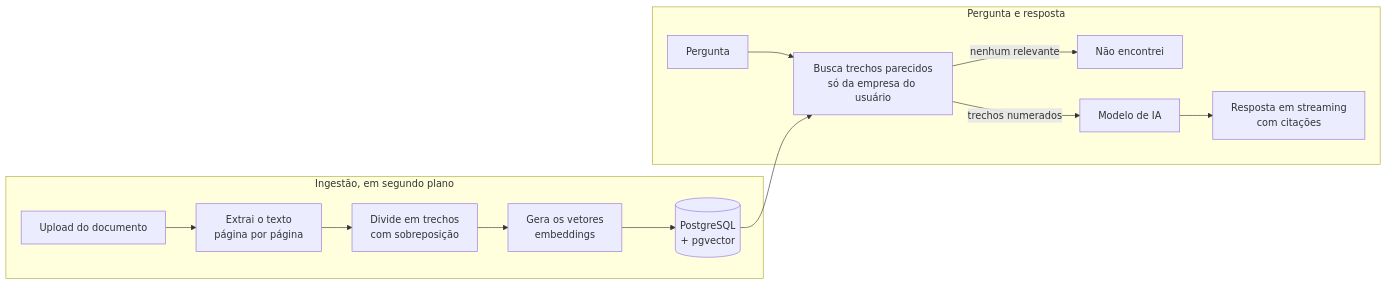
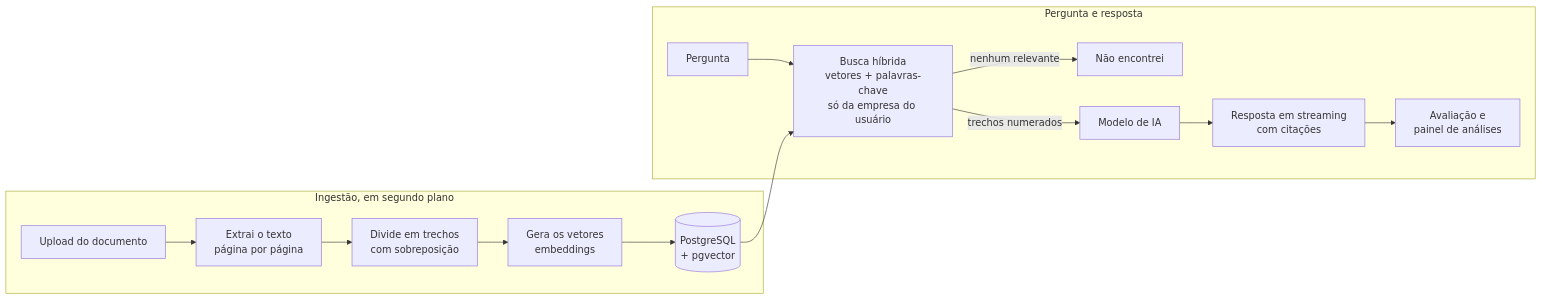
One commit to pedrobicas/sabia changed the diagram in README.md. Above: the diagram before and after it, drawn with Mermaid. The commit also changed other lines of this file and 4 other files, not shown here.

First line of the commit message:
docs: README com busca híbrida, análises, novas telas e API completa

````diff
--- a/README.md
+++ b/README.md
@@ -23,16 +30,17 @@
 ```mermaid
 flowchart LR
     subgraph Ingestao[Ingestão, em segundo plano]
         U[Upload do documento] --> E[Extrai o texto<br/>página por página]
         E --> D[Divide em trechos<br/>com sobreposição]
         D --> V[Gera os vetores<br/>embeddings]
         V --> PG[(PostgreSQL<br/>+ pgvector)]
     end
     subgraph Pergunta[Pergunta e resposta]
-        P[Pergunta] --> B[Busca trechos parecidos<br/>só da empresa do usuário]
+        P[Pergunta] --> B[Busca híbrida<br/>vetores + palavras-chave<br/>só da empresa do usuário]
         PG --> B
         B -->|nenhum relevante| N[Não encontrei]
         B -->|trechos numerados| M[Modelo de IA]
         M --> R[Resposta em streaming<br/>com citações]
+        R --> F[Avaliação e<br/>painel de análises]
     end
 ```
````
